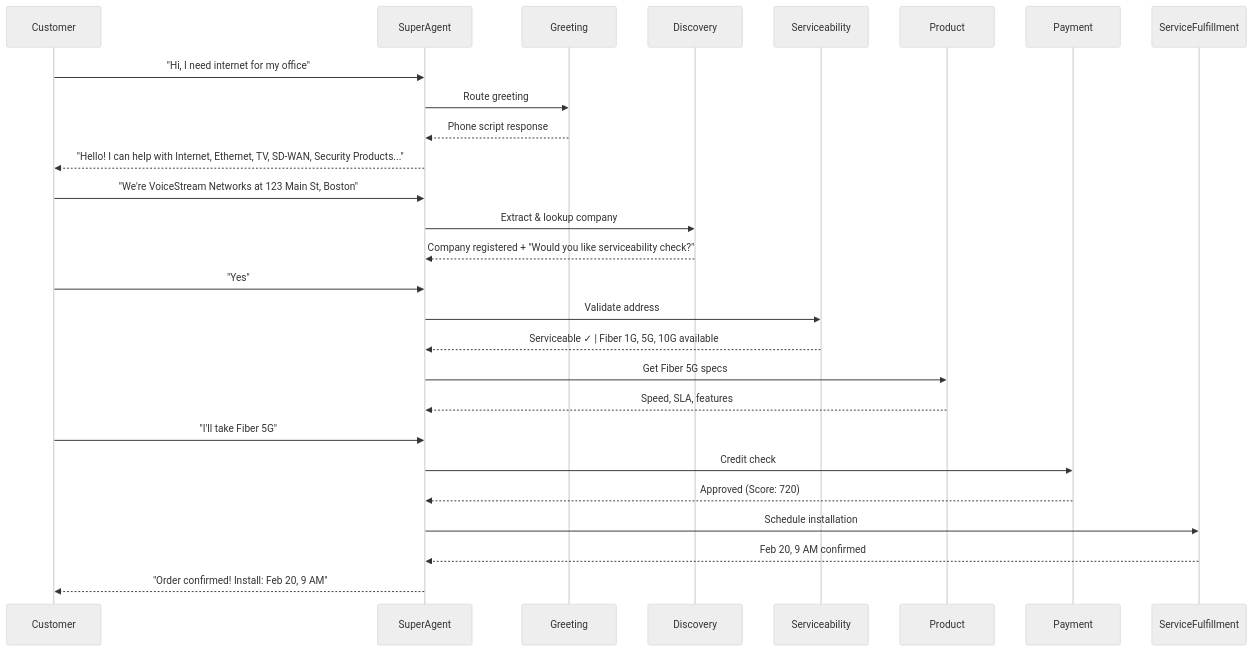
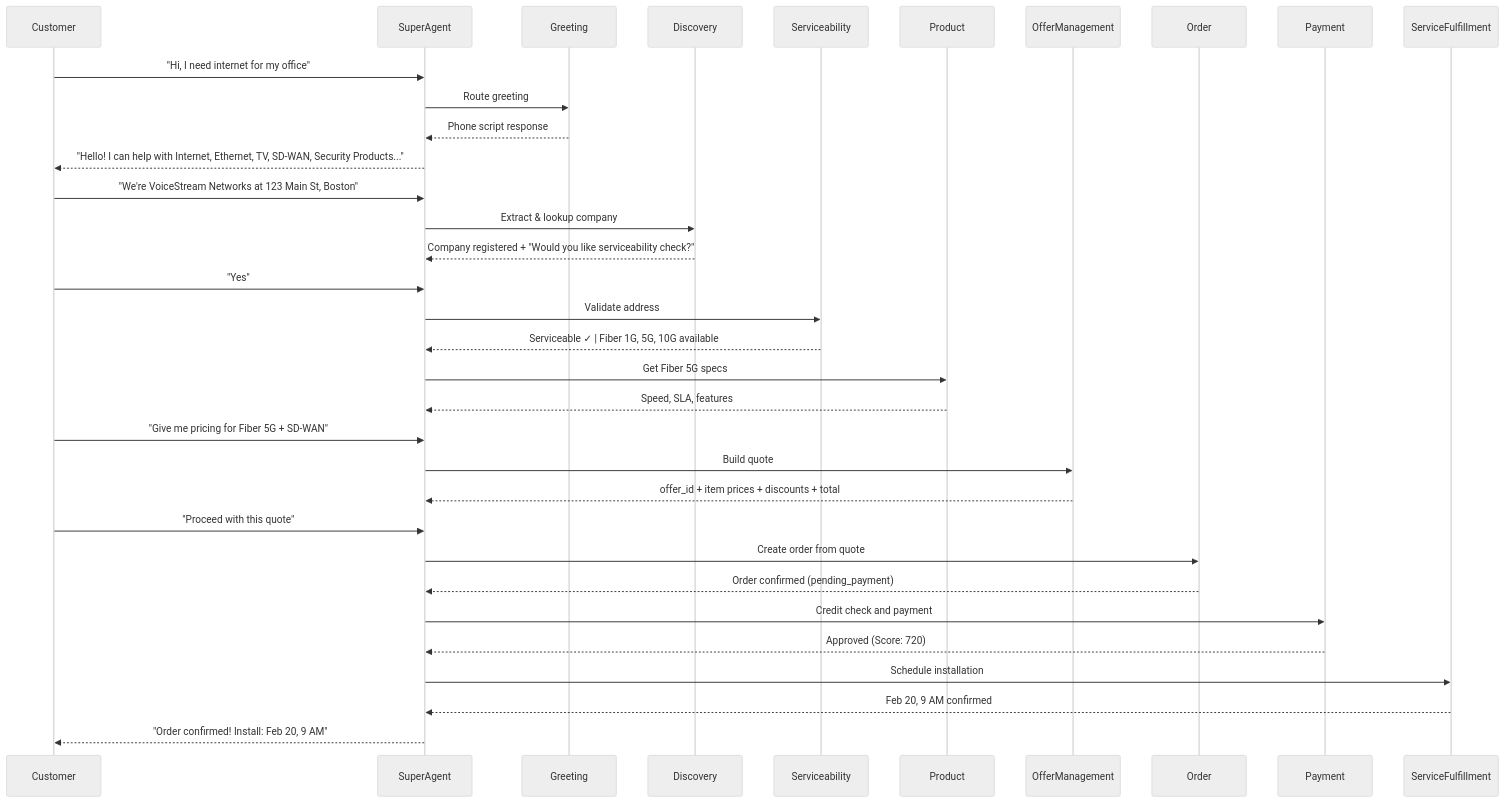
Before and after one commit to sudhamanc/ConversationalSalesAgent: the diagram in AGENTS.md, drawn with Mermaid (neutral theme). The commit also changed other lines of this file and 87 other files, not shown here.

````diff
--- a/AGENTS.md
+++ b/AGENTS.md
@@ -596,36 +593,45 @@
 ```mermaid
 sequenceDiagram
     participant Customer
     participant SuperAgent
     participant Greeting
     participant Discovery
     participant Serviceability
     participant Product
+    participant OfferManagement
+    participant Order
     participant Payment
     participant ServiceFulfillment
 
     Customer->>SuperAgent: "Hi, I need internet for my office"
     SuperAgent->>Greeting: Route greeting
     Greeting-->>SuperAgent: Phone script response
     SuperAgent-->>Customer: "Hello! I can help with Internet, Ethernet, TV, SD-WAN, Security Products..."
 
     Customer->>SuperAgent: "We're VoiceStream Networks at 123 Main St, Boston"
     SuperAgent->>Discovery: Extract & lookup company
     Discovery-->>SuperAgent: Company registered + "Would you like serviceability check?"
 
     Customer->>SuperAgent: "Yes"
     SuperAgent->>Serviceability: Validate address
     Serviceability-->>SuperAgent: Serviceable ✓ | Fiber 1G, 5G, 10G available
 
     SuperAgent->>Product: Get Fiber 5G specs
     Product-->>SuperAgent: Speed, SLA, features
 
-    Customer->>SuperAgent: "I'll take Fiber 5G"
-    SuperAgent->>Payment: Credit check
+    Customer->>SuperAgent: "Give me pricing for Fiber 5G + SD-WAN"
+    SuperAgent->>OfferManagement: Build quote
+    OfferManagement-->>SuperAgent: offer_id + item prices + discounts + total
+
+    Customer->>SuperAgent: "Proceed with this quote"
+    SuperAgent->>Order: Create order from quote
+    Order-->>SuperAgent: Order confirmed (pending_payment)
+
+    SuperAgent->>Payment: Credit check and payment
     Payment-->>SuperAgent: Approved (Score: 720)
 
     SuperAgent->>ServiceFulfillment: Schedule installation
     ServiceFulfillment-->>SuperAgent: Feb 20, 9 AM confirmed
 
     SuperAgent-->>Customer: "Order confirmed! Install: Feb 20, 9 AM"
 ```
````
